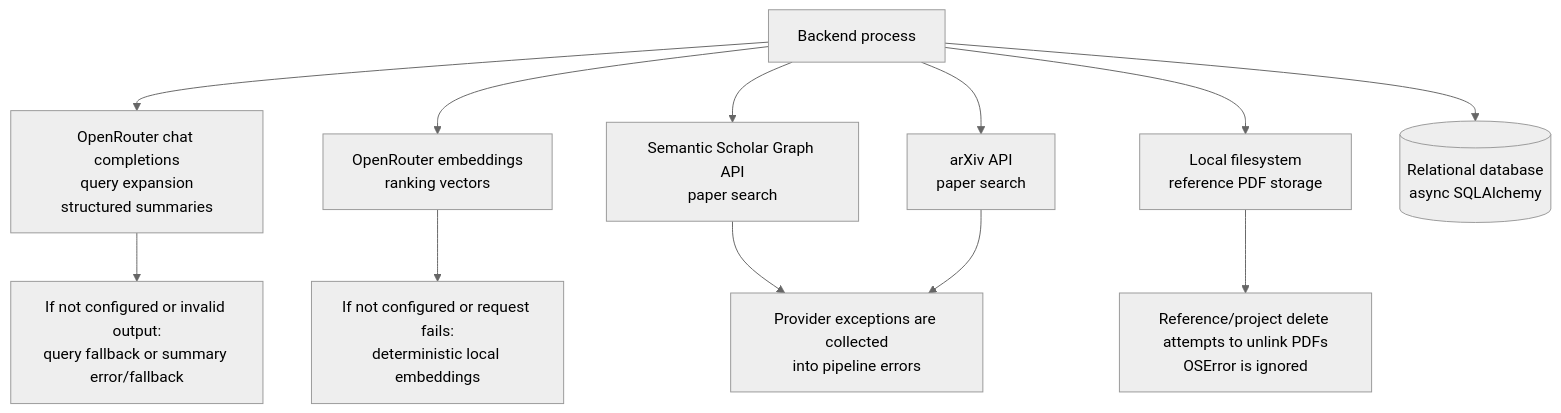
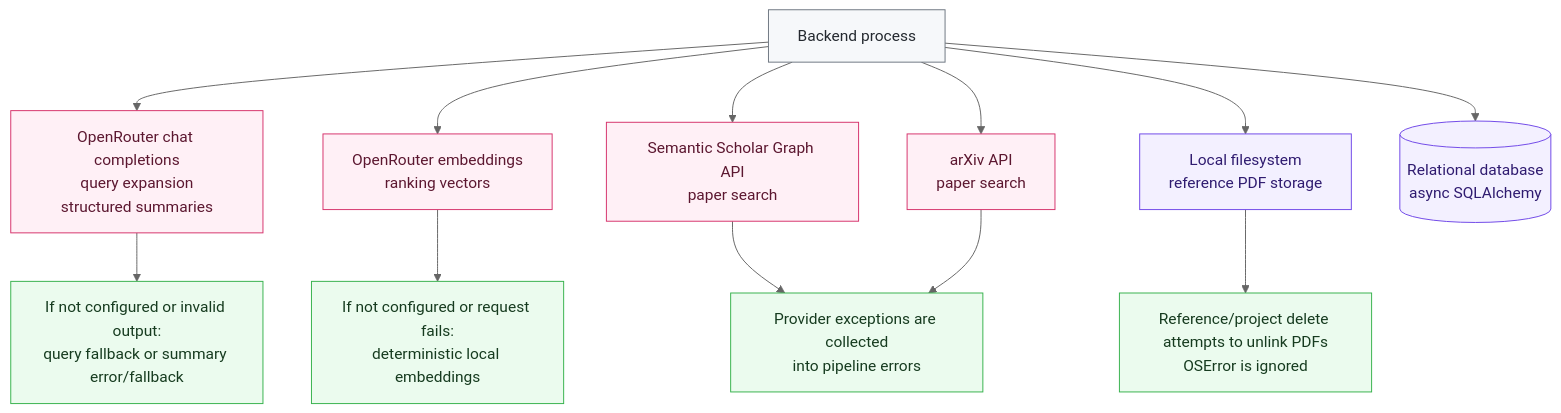
Diagram 13 of 13 in docs/backend-diagram.md (hungnt0406/confluex-AI-powered-research-workspace), drawn with Mermaid (neutral theme) before and after one commit. The commit also changed other lines of this file, not shown here.

Commit message:
docs: add styling classes to mermaid diagrams in backend-diagram.md

````diff
--- a/docs/backend-diagram.md
+++ b/docs/backend-diagram.md
@@ -613,15 +680,25 @@
 ```mermaid
 flowchart TB
+    classDef entry fill:#f6f8fa,stroke:#6e7781,color:#24292f;
+    classDef external fill:#fff0f6,stroke:#d6336c,color:#5c1730;
+    classDef persistence fill:#f3f0ff,stroke:#7048e8,color:#2f1b70;
+    classDef service fill:#ebfbee,stroke:#37b24d,color:#163b1f;
+
     Backend["Backend process"] --> OpenRouterChat["OpenRouter chat completions<br/>query expansion<br/>structured summaries"]
     Backend --> OpenRouterEmbeddings["OpenRouter embeddings<br/>ranking vectors"]
     Backend --> SemanticScholar["Semantic Scholar Graph API<br/>paper search"]
     Backend --> Arxiv["arXiv API<br/>paper search"]
     Backend --> LocalDisk["Local filesystem<br/>reference PDF storage"]
     Backend --> Database[(Relational database<br/>async SQLAlchemy)]
 
     OpenRouterChat --> ChatFallback["If not configured or invalid output:<br/>query fallback or summary error/fallback"]
     OpenRouterEmbeddings --> EmbeddingFallback["If not configured or request fails:<br/>deterministic local embeddings"]
     SemanticScholar --> SearchErrorHandling["Provider exceptions are collected<br/>into pipeline errors"]
     Arxiv --> SearchErrorHandling
     LocalDisk --> UploadCleanup["Reference/project delete attempts to unlink PDFs<br/>OSError is ignored"]
+
+    class Backend entry;
+    class OpenRouterChat,OpenRouterEmbeddings,SemanticScholar,Arxiv external;
+    class LocalDisk,Database persistence;
+    class ChatFallback,EmbeddingFallback,SearchErrorHandling,UploadCleanup service;
 ```
````
